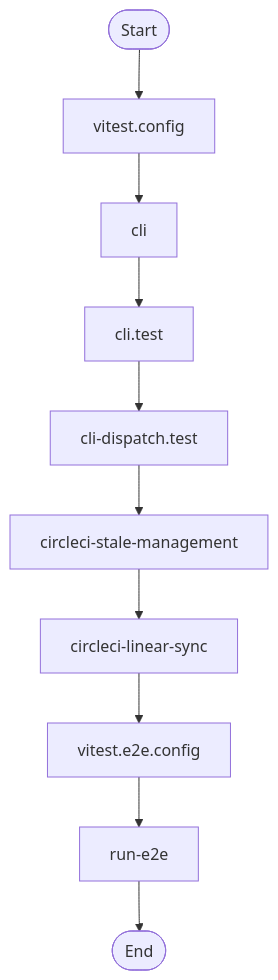
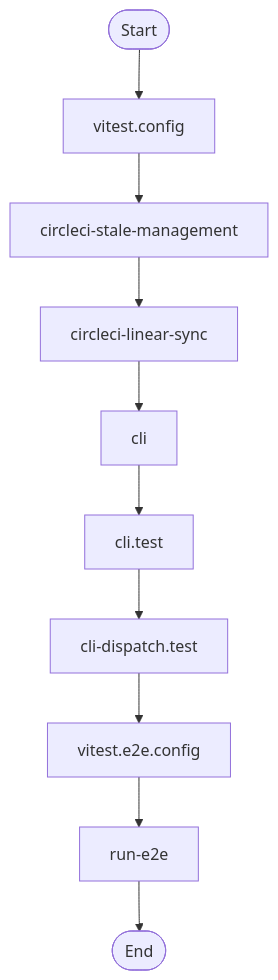
One commit to jscraik/coding-harness changed the seventh of 10 diagrams in AI/context/diagram-context.md. Above: the diagram before and after it, drawn with Mermaid. The commit also changed other lines of this file and 4 other files, not shown here.

````diff
--- a/AI/context/diagram-context.md
+++ b/AI/context/diagram-context.md
@@ -2104,23 +2111,23 @@
 ```mermaid
 flowchart TD
   Start(["Start"])
   vitest_config_a9f1245e["vitest.config"]
   Start --> vitest_config_a9f1245e
+  circleci_stale_management_664de1d9["circleci-stale-management"]
+  vitest_config_a9f1245e --> circleci_stale_management_664de1d9
+  circleci_linear_sync_19c0d6da["circleci-linear-sync"]
+  circleci_stale_management_664de1d9 --> circleci_linear_sync_19c0d6da
   cli_99bb8840["cli"]
-  vitest_config_a9f1245e --> cli_99bb8840
+  circleci_linear_sync_19c0d6da --> cli_99bb8840
   cli_test_4851f28b["cli.test"]
   cli_99bb8840 --> cli_test_4851f28b
   cli_dispatch_test_54c9f17b["cli-dispatch.test"]
   cli_test_4851f28b --> cli_dispatch_test_54c9f17b
-  circleci_stale_management_664de1d9["circleci-stale-management"]
-  cli_dispatch_test_54c9f17b --> circleci_stale_management_664de1d9
-  circleci_linear_sync_19c0d6da["circleci-linear-sync"]
-  circleci_stale_management_664de1d9 --> circleci_linear_sync_19c0d6da
   vitest_e2e_config_4e2a61bc["vitest.e2e.config"]
-  circleci_linear_sync_19c0d6da --> vitest_e2e_config_4e2a61bc
+  cli_dispatch_test_54c9f17b --> vitest_e2e_config_4e2a61bc
   run_e2e_39efe696["run-e2e"]
   vitest_e2e_config_4e2a61bc --> run_e2e_39efe696
   End(["End"])
   run_e2e_39efe696 --> End
 
 ```
````
